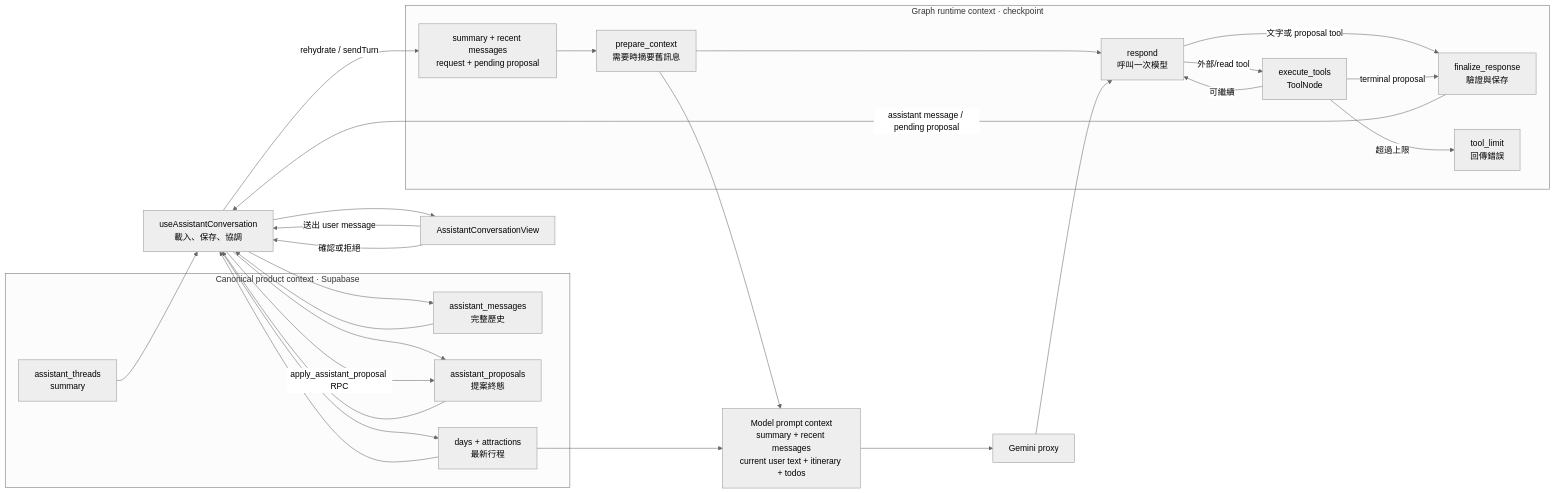
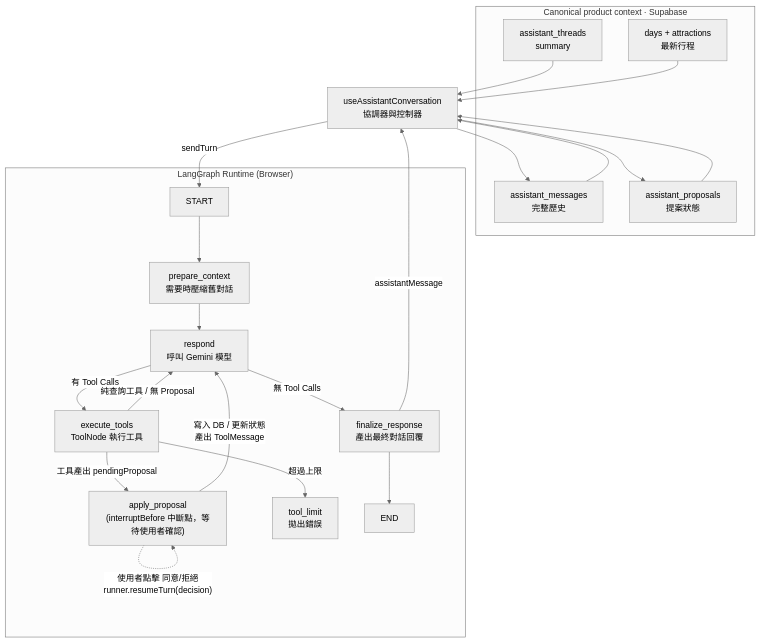
One commit to strongball/travel-web changed the first of 2 diagrams in docs/assistant-langgraph.md. Above: the diagram before and after it, drawn with Mermaid (neutral theme). The commit also changed other lines of this file and 40 other files, not shown here.

Commit message:
refactor: graph state

````diff
--- a/docs/assistant-langgraph.md
+++ b/docs/assistant-langgraph.md
@@ -52,47 +60,37 @@
 ```mermaid
-flowchart LR
+flowchart TD
   subgraph DB["Canonical product context · Supabase"]
     T["assistant_threads<br/>summary"]
     M["assistant_messages<br/>完整歷史"]
-    P["assistant_proposals<br/>提案終態"]
+    P["assistant_proposals<br/>提案狀態"]
     I["days + attractions<br/>最新行程"]
   end
 
-  H["useAssistantConversation<br/>載入、保存、協調"]
+  H["useAssistantConversation<br/>協調器與控制器"]
 
-  subgraph G["Graph runtime context · checkpoint"]
-    GS["summary + recent messages<br/>request + pending proposal"]
-    PC["prepare_context<br/>需要時摘要舊訊息"]
-    R["respond<br/>呼叫一次模型"]
-    ET["execute_tools<br/>ToolNode"]
-    F["finalize_response<br/>驗證與保存"]
-    L["tool_limit<br/>回傳錯誤"]
+  subgraph Graph["LangGraph Runtime (Browser)"]
+    START --> PC["prepare_context<br/>需要時壓縮舊對話"]
+    PC --> R["respond<br/>呼叫 Gemini 模型"]
+    
+    R -->|"有 Tool Calls"| ET["execute_tools<br/>ToolNode 執行工具"]
+    R -->|"無 Tool Calls"| F["finalize_response<br/>產出最終對話回覆"]
+    
+    ET -->|"工具產出 pendingProposal"| AP["apply_proposal<br/>(interruptBefore 中斷點，等待使用者確認)"]
+    ET -->|"純查詢工具 / 無 Proposal"| R
+    ET -->|"超過上限"| L["tool_limit<br/>拋出錯誤"]
+    
+    AP -.->|"使用者點擊 同意/拒絕<br/>runner.resumeTurn(decision)"| AP
+    AP -->|"寫入 DB / 更新狀態<br/>產出 ToolMessage"| R
+    
+    F --> END
   end
-
-  MP["Model prompt context<br/>summary + recent messages<br/>current user text + itinerary + todos"]
-  AI["Gemini proxy"]
-  UI["AssistantConversationView"]
 
   T --> H
   M --> H
   P --> H
   I --> H
-  UI -->|"送出 user message"| H
-  H -->|"rehydrate / sendTurn"| GS
-  GS --> PC --> R
-  PC --> MP
-  I --> MP
-  MP --> AI --> R
-  R -->|"外部/read tool"| ET
-  R -->|"文字或 proposal tool"| F
-  ET -->|"可繼續"| R
-  ET -->|"terminal proposal"| F
-  ET -->|"超過上限"| L
-  F -->|"assistant message / pending proposal"| H
+  H -->|"sendTurn"| START
+  F -->|"assistantMessage"| H
   H --> M
   H --> P
-  H --> UI
-  UI -->|"確認或拒絕"| H
-  H -->|"apply_assistant_proposal RPC"| P
-  H --> I
 ```
````
